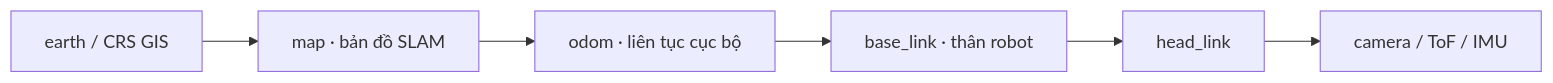
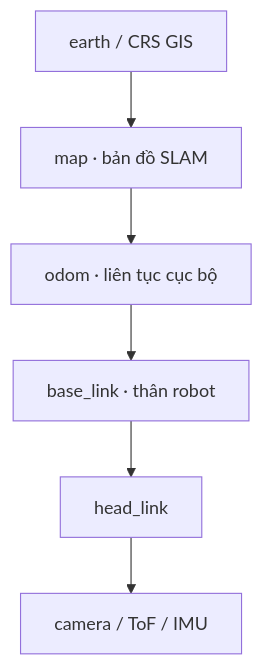
Before and after one commit to Vietflexmap/vi-microduck: the second of 3 diagrams in README.md, drawn with Mermaid.

Commit message:
docs(vi): tối ưu sơ đồ hệ tọa độ cho GitHub

````diff
--- a/README.md
+++ b/README.md
@@ -175,8 +175,8 @@
 ```mermaid
-flowchart LR
+flowchart TB
     A["earth / CRS GIS"] --> B["map · bản đồ SLAM"]
     B --> C["odom · liên tục cục bộ"]
     C --> D["base_link · thân robot"]
     D --> E["head_link"]
     E --> F["camera / ToF / IMU"]
 ```
````
